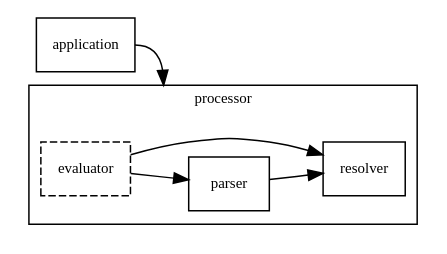
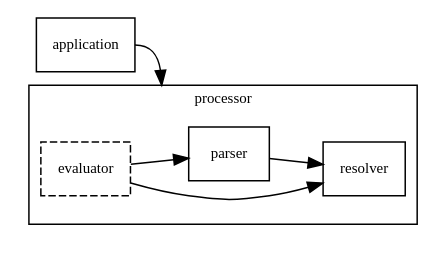
The diagram in book/src/vnd_datalog_text/processor_terms.dot (johnstonskj/datalog-specs), drawn with Graphviz before and after one commit. The commit also changed 30 other files, not shown here.

```diff
--- a/book/src/vnd_datalog_text/processor_terms.dot
+++ b/book/src/vnd_datalog_text/processor_terms.dot
@@ -1,16 +1,16 @@
 digraph G {
   graph [fontsize=10  fontname="Verdana" compound=true rankdir="LR"];
   node [fontsize=10 fontname="Verdana" shape=record];
 
   application;
 
   subgraph cluster1 {
     evaluator [style=dashed];
     evaluator -> parser;
     evaluator -> resolver;
     parser -> resolver;
     label = "processor";
   }
 
-  application -> parser [lhead=cluster1 constraint=false headport=w tailport=e concentrate = true];
+  application -> parser [lhead=cluster1; headport=w; tailport=e];
 }
```
